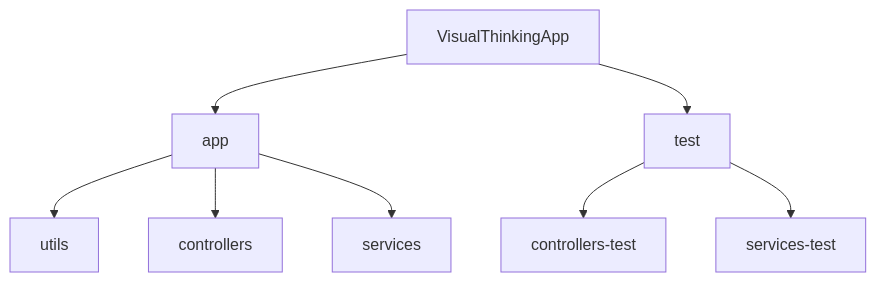
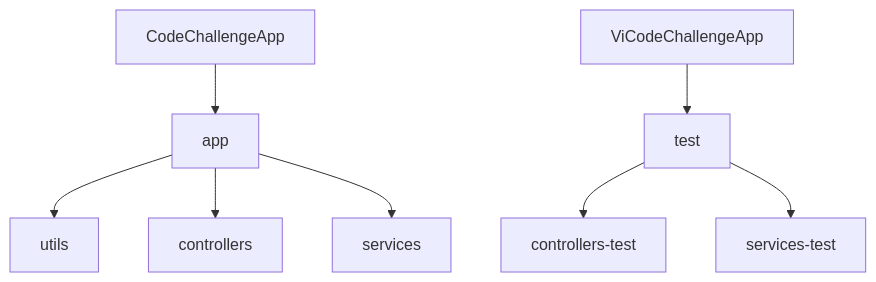
One commit to OmarVenturaP/CodeChallengeApp changed the first of 5 diagrams in README.md. Above: the diagram before and after it, drawn with Mermaid. The commit also changed other lines of this file, not shown here.

Commit message:
Paso 24) Actualizando README.md
Modificando Nombre de App

````diff
--- a/README.md
+++ b/README.md
@@ -23,8 +23,8 @@
 ```mermaid
 graph TD;
-    VisualThinkingApp-->app-->utils;
+    CodeChallengeApp-->app-->utils;
     app-->controllers;
     app-->services;
-    VisualThinkingApp-->test-->controllers-test;
+    ViCodeChallengeApp-->test-->controllers-test;
     test-->services-test;
 ```
````
